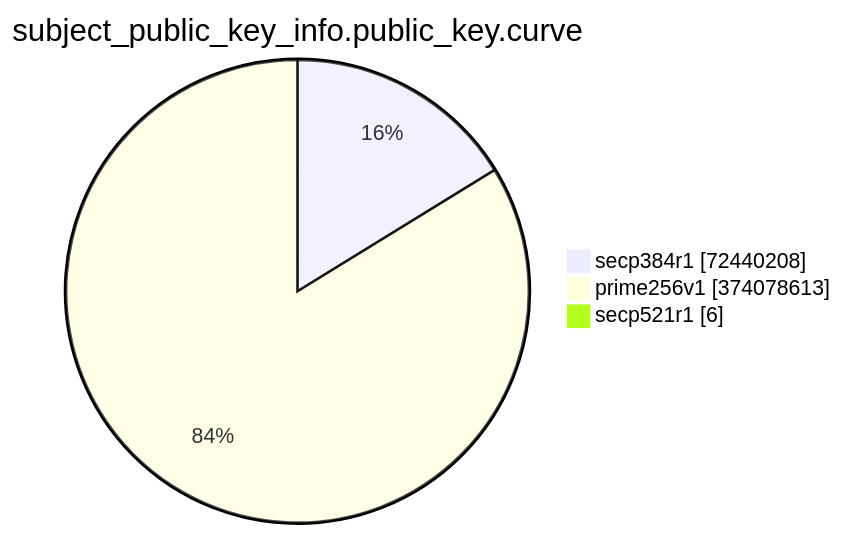
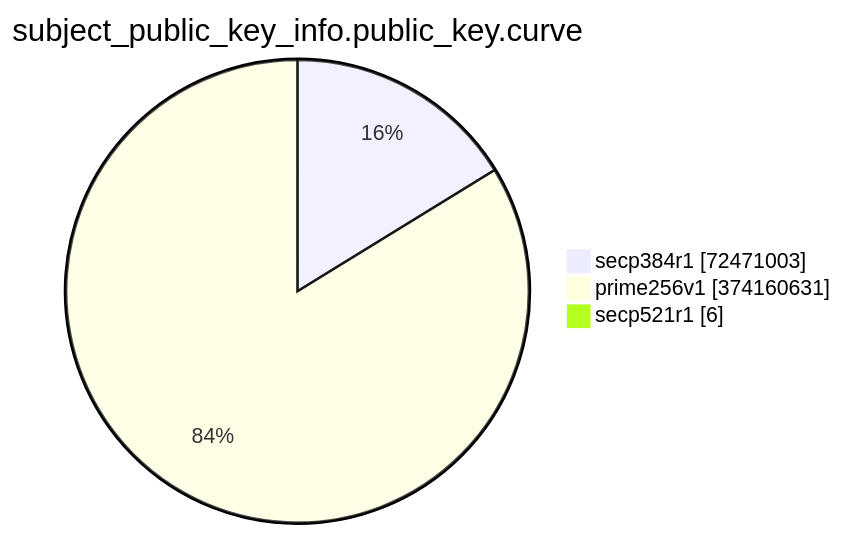
Before and after one commit to christiankrug/ctmonitor_visualization: the eighth of 15 diagrams in TOTAL/README.md, drawn with Mermaid. The commit also changed other lines of this file, not shown here.

````diff
--- a/TOTAL/README.md
+++ b/TOTAL/README.md
@@ -3094,7 +3094,7 @@
 ```mermaid
 pie showData
 title subject_public_key_info.public_key.curve
-"secp384r1" :72440208
-"prime256v1" :374078613
+"secp384r1" :72471003
+"prime256v1" :374160631
 "secp521r1" :6
 ```
````
